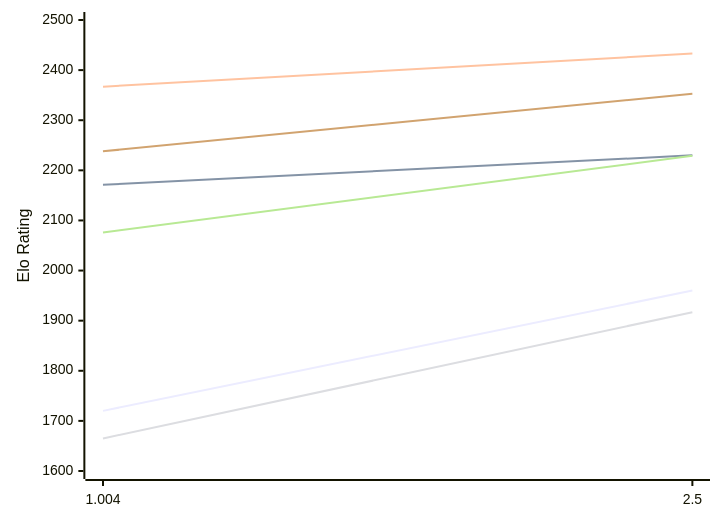
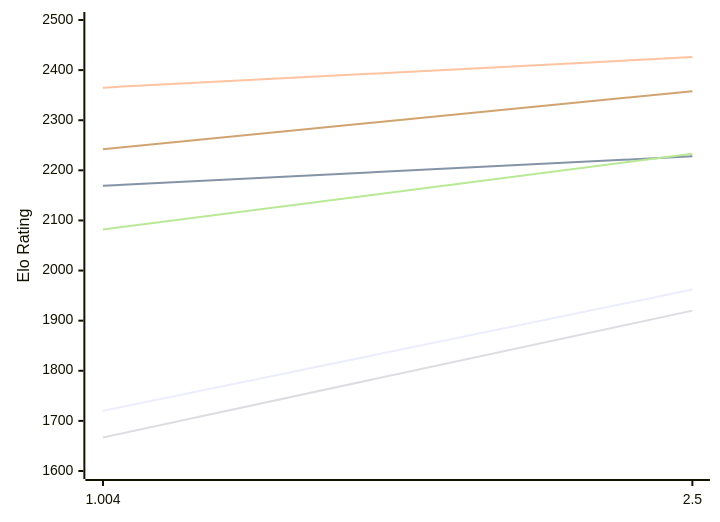
The first of 2 diagrams in engines/Ares.md (computer-chess-index/cci), drawn with Mermaid before and after one commit. The commit also changed other lines of this file, not shown here.

Commit message:
Update CCI Ratings (ELO VLTC) - 2026-11-23

````diff
--- a/engines/Ares.md
+++ b/engines/Ares.md
@@ -50,12 +50,12 @@
 ```mermaid
 %%{init: {"theme":"base","themeVariables":{"seriesColors:['#a3a3a3','#222221','#faa371']}}}%%
 xychart-beta
   x-axis ["1.004", "2.5"]
   y-axis "Elo Rating" 1600 --> 2500
-  line "E1: STC (8.0+0.08s)" [1720, 1960]
-  line "E1: LTC (60.0+0.60s)" [2171, 2230]
-  line "E1: VLTC (2m24s+1.12s)" [2367, 2433]
-  line "P1: STC (8.0+0.08s)" [1665, 1917]
-  line "P1: LTC (60.0+0.60s)" [2076, 2229]
-  line "P1: VLTC (2m24s+1.12s)" [2238, 2353]
+  line "E1: STC (8.0+0.08s)" [1720, 1962]
+  line "E1: LTC (60.0+0.60s)" [2169, 2228]
+  line "E1: VLTC (2m24s+1.12s)" [2365, 2426]
+  line "P1: STC (8.0+0.08s)" [1667, 1920]
+  line "P1: LTC (60.0+0.60s)" [2082, 2233]
+  line "P1: VLTC (2m24s+1.12s)" [2242, 2358]
 ```
````
